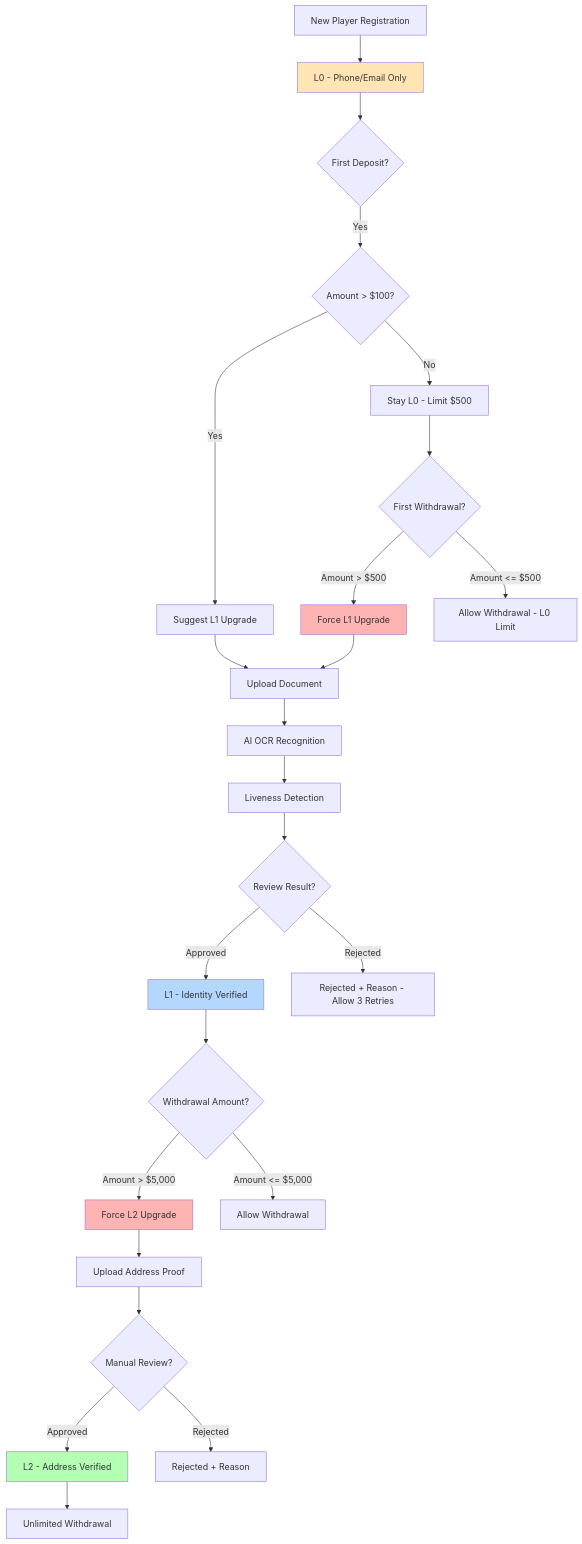
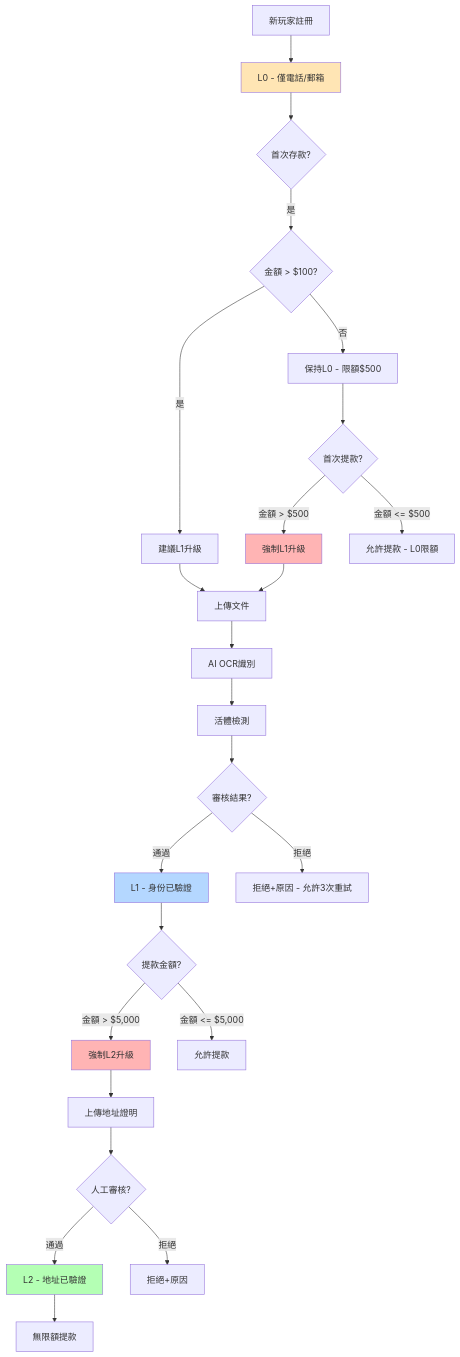
One commit to ron03wlb/smart-admin changed the second of 3 diagrams in docs/iGaming/architecture/01_Player_Service/Player_Lifecycle_Implementation.md. Above: the diagram before and after it, drawn with Mermaid. The commit also changed other lines of this file, not shown here.

First line of the commit message:
docs(iGaming): translate Player_Lifecycle_Implementation.md to Traditional Chinese

````diff
--- a/docs/iGaming/architecture/01_Player_Service/Player_Lifecycle_Implementation.md
+++ b/docs/iGaming/architecture/01_Player_Service/Player_Lifecycle_Implementation.md
@@ -92,41 +92,41 @@
 ```mermaid
 flowchart TD
-    START[New Player Registration] --> L0[L0 - Phone/Email Only]
+    START[新玩家註冊] --> L0[L0 - 僅電話/郵箱]
 
-    L0 --> DEPOSIT{First Deposit?}
-    DEPOSIT -->|Yes| CHECK_AMOUNT{Amount > $100?}
-    CHECK_AMOUNT -->|Yes| SUGGEST_L1[Suggest L1 Upgrade]
-    CHECK_AMOUNT -->|No| NORMAL_L0[Stay L0 - Limit $500]
+    L0 --> DEPOSIT{首次存款?}
+    DEPOSIT -->|是| CHECK_AMOUNT{金額 > $100?}
+    CHECK_AMOUNT -->|是| SUGGEST_L1[建議L1升級]
+    CHECK_AMOUNT -->|否| NORMAL_L0[保持L0 - 限額$500]
 
-    NORMAL_L0 --> WITHDRAW1{First Withdrawal?}
-    WITHDRAW1 -->|Amount > $500| FORCE_L1[Force L1 Upgrade]
-    WITHDRAW1 -->|Amount <= $500| ALLOW_L0[Allow Withdrawal - L0 Limit]
+    NORMAL_L0 --> WITHDRAW1{首次提款?}
+    WITHDRAW1 -->|金額 > $500| FORCE_L1[強制L1升級]
+    WITHDRAW1 -->|金額 <= $500| ALLOW_L0[允許提款 - L0限額]
 
-    SUGGEST_L1 --> L1_UPLOAD[Upload Document]
+    SUGGEST_L1 --> L1_UPLOAD[上傳文件]
     FORCE_L1 --> L1_UPLOAD
 
-    L1_UPLOAD --> L1_OCR[AI OCR Recognition]
-    L1_OCR --> L1_LIVENESS[Liveness Detection]
-    L1_LIVENESS --> L1_REVIEW{Review Result?}
+    L1_UPLOAD --> L1_OCR[AI OCR識別]
+    L1_OCR --> L1_LIVENESS[活體檢測]
+    L1_LIVENESS --> L1_REVIEW{審核結果?}
 
-    L1_REVIEW -->|Approved| L1[L1 - Identity Verified]
-    L1_REVIEW -->|Rejected| L1_RETRY[Rejected + Reason - Allow 3 Retries]
+    L1_REVIEW -->|通過| L1[L1 - 身份已驗證]
+    L1_REVIEW -->|拒絕| L1_RETRY[拒絕+原因 - 允許3次重試]
 
-    L1 --> WITHDRAW2{Withdrawal Amount?}
-    WITHDRAW2 -->|Amount > $5,000| FORCE_L2[Force L2 Upgrade]
-    WITHDRAW2 -->|Amount <= $5,000| ALLOW_L1[Allow Withdrawal]
+    L1 --> WITHDRAW2{提款金額?}
+    WITHDRAW2 -->|金額 > $5,000| FORCE_L2[強制L2升級]
+    WITHDRAW2 -->|金額 <= $5,000| ALLOW_L1[允許提款]
 
-    FORCE_L2 --> L2_UPLOAD[Upload Address Proof]
-    L2_UPLOAD --> L2_REVIEW{Manual Review?}
+    FORCE_L2 --> L2_UPLOAD[上傳地址證明]
+    L2_UPLOAD --> L2_REVIEW{人工審核?}
 
-    L2_REVIEW -->|Approved| L2[L2 - Address Verified]
-    L2_REVIEW -->|Rejected| L2_RETRY[Rejected + Reason]
+    L2_REVIEW -->|通過| L2[L2 - 地址已驗證]
+    L2_REVIEW -->|拒絕| L2_RETRY[拒絕+原因]
 
-    L2 --> UNLIMITED[Unlimited Withdrawal]
+    L2 --> UNLIMITED[無限額提款]
 
     style L0 fill:#FFE5B4
     style L1 fill:#B4D7FF
     style L2 fill:#B4FFB4
     style FORCE_L1 fill:#FFB4B4
     style FORCE_L2 fill:#FFB4B4
 ```
````
